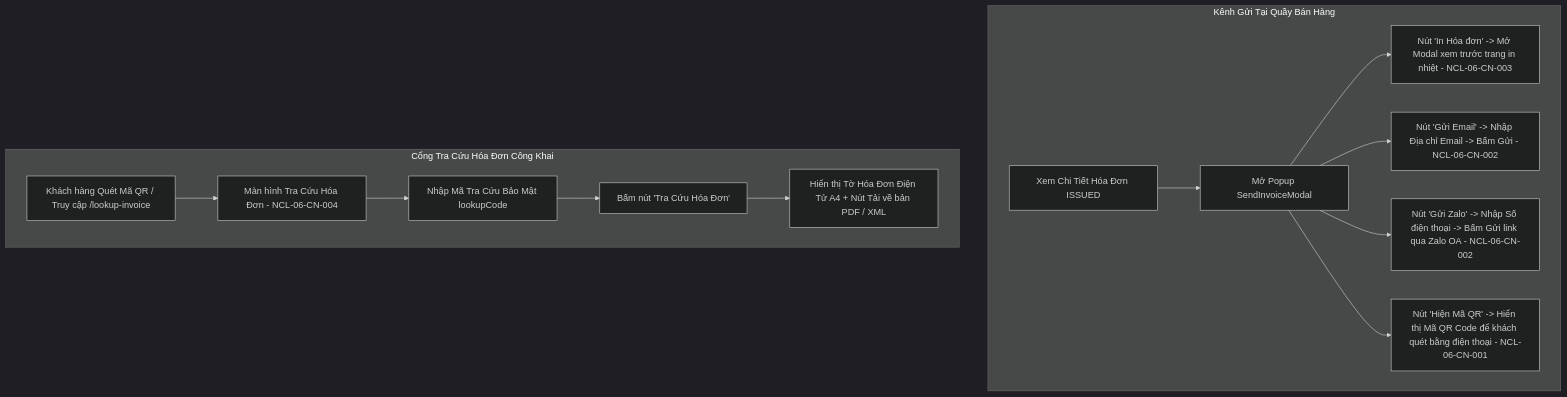
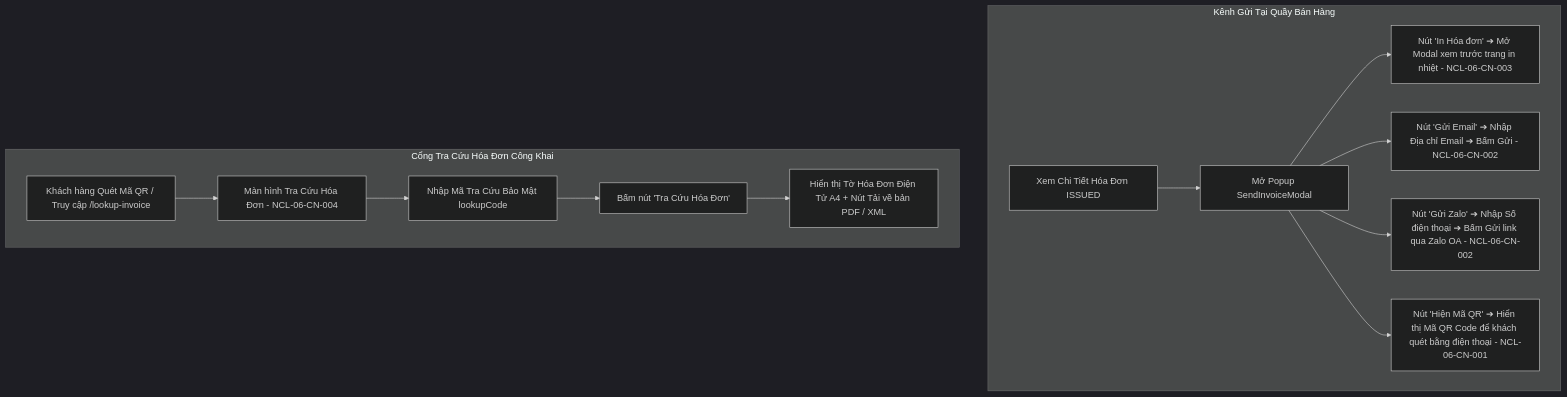
Before and after one commit to lean1835/BanHangViet: diagram 16 of 34 in architecture/full_screen_activity_flows.md, drawn with Mermaid (dark theme). The commit also changed other lines of this file and 1 other file, not shown here.

Commit message:
docs: refactor mermaid activity flows in full_screen_activity_flows

````diff
--- a/architecture/full_screen_activity_flows.md
+++ b/architecture/full_screen_activity_flows.md
@@ -435,17 +436,17 @@
 ```mermaid
 flowchart TD
     subgraph Kênh Gửi Tại Quầy Bán Hàng
-        Action[Xem Chi Tiết Hóa Đơn ISSUED] --> MultiChannel[Mở Popup SendInvoiceModal]
-        MultiChannel --> BtnPrint[Nút 'In Hóa đơn' -> Mở Modal xem trước trang in nhiệt - NCL-06-CN-003]
-        MultiChannel --> BtnEmail[Nút 'Gửi Email' -> Nhập Địa chỉ Email -> Bấm Gửi - NCL-06-CN-002]
-        MultiChannel --> BtnZalo[Nút 'Gửi Zalo' -> Nhập Số điện thoại -> Bấm Gửi link qua Zalo OA - NCL-06-CN-002]
-        MultiChannel --> BtnQR[Nút 'Hiện Mã QR' -> Hiển thị Mã QR Code để khách quét bằng điện thoại - NCL-06-CN-001]
+        Action["Xem Chi Tiết Hóa Đơn ISSUED"] --> MultiChannel["Mở Popup SendInvoiceModal"]
+        MultiChannel --> BtnPrint["Nút 'In Hóa đơn' ➔ Mở Modal xem trước trang in nhiệt - NCL-06-CN-003"]
+        MultiChannel --> BtnEmail["Nút 'Gửi Email' ➔ Nhập Địa chỉ Email ➔ Bấm Gửi - NCL-06-CN-002"]
+        MultiChannel --> BtnZalo["Nút 'Gửi Zalo' ➔ Nhập Số điện thoại ➔ Bấm Gửi link qua Zalo OA - NCL-06-CN-002"]
+        MultiChannel --> BtnQR["Nút 'Hiện Mã QR' ➔ Hiển thị Mã QR Code để khách quét bằng điện thoại - NCL-06-CN-001"]
     end
 
     subgraph Cổng Tra Cứu Hóa Đơn Công Khai
-        Customer[Khách hàng Quét Mã QR / Truy cập /lookup-invoice] --> PublicPage[Màn hình Tra Cứu Hóa Đơn - NCL-06-CN-004]
-        PublicPage --> InputCode[Nhập Mã Tra Cứu Bảo Mật lookupCode]
-        InputCode --> SearchClick[Bấm nút 'Tra Cứu Hóa Đơn']
-        SearchClick --> RenderPDF[Hiển thị Tờ Hóa Đơn Điện Tử A4 + Nút Tải về bản PDF / XML]
+        Customer["Khách hàng Quét Mã QR / Truy cập /lookup-invoice"] --> PublicPage["Màn hình Tra Cứu Hóa Đơn - NCL-06-CN-004"]
+        PublicPage --> InputCode["Nhập Mã Tra Cứu Bảo Mật lookupCode"]
+        InputCode --> SearchClick["Bấm nút 'Tra Cứu Hóa Đơn'"]
+        SearchClick --> RenderPDF["Hiển thị Tờ Hóa Đơn Điện Tử A4 + Nút Tải về bản PDF / XML"]
     end
 ```
````
